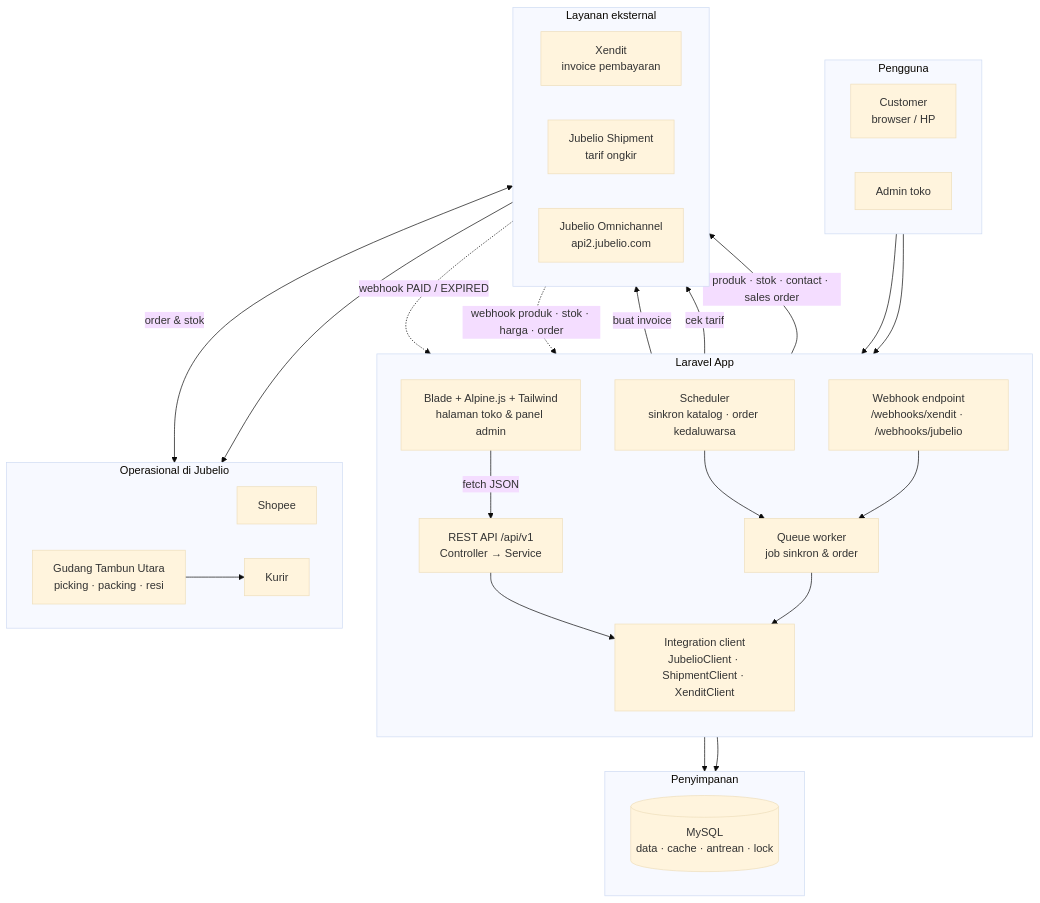
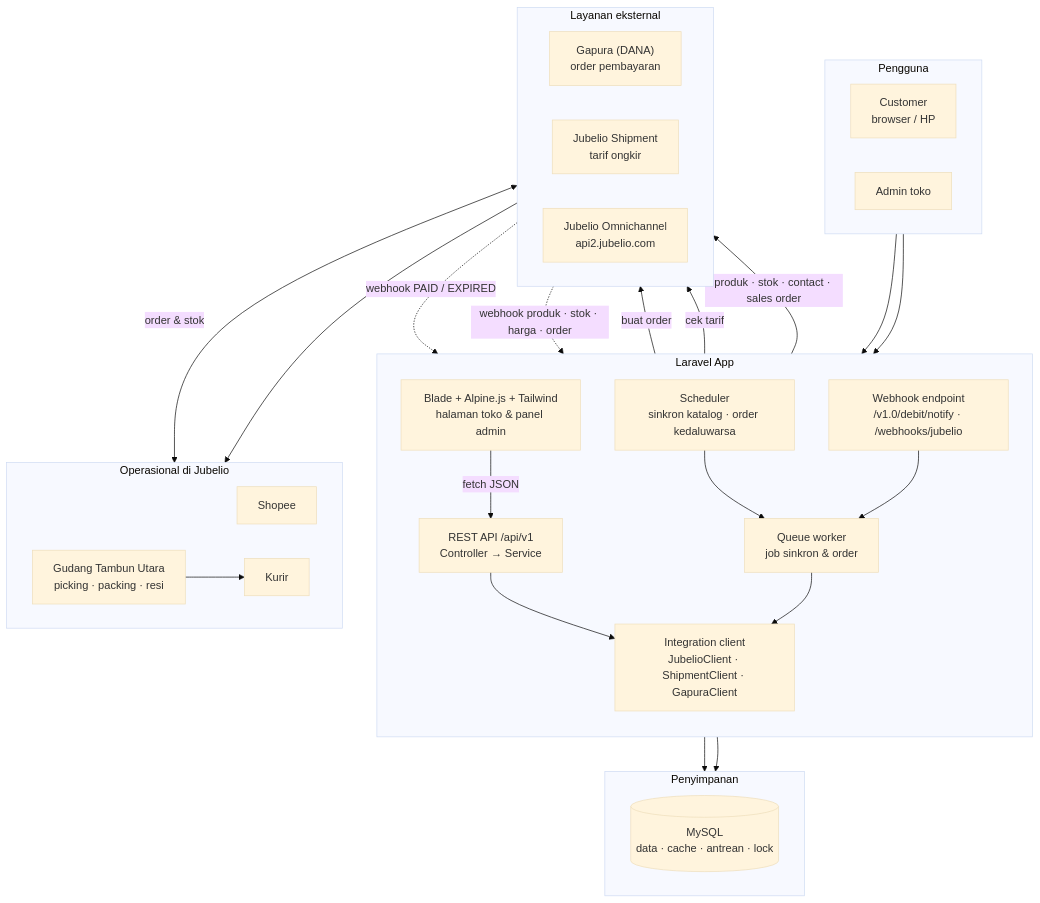
Before and after one commit to Zhafransss/E-Commers-Saeful-Askar: the first of 2 diagrams in docs/arsitektur-sistem.md, drawn with Mermaid (base theme). The commit also changed other lines of this file and 118 other files, not shown here.

````diff
--- a/docs/arsitektur-sistem.md
+++ b/docs/arsitektur-sistem.md
@@ -8,54 +8,54 @@
 ```mermaid
 flowchart TB
   subgraph U["Pengguna"]
     direction LR
     C["Customer<br/>browser / HP"]
     A["Admin toko"]
   end
 
   subgraph APP["Laravel App"]
     direction TB
     WEB["Blade + Alpine.js + Tailwind<br/>halaman toko & panel admin"]
     API["REST API /api/v1<br/>Controller → Service"]
-    WH["Webhook endpoint<br/>/webhooks/xendit · /webhooks/jubelio"]
+    WH["Webhook endpoint<br/>/v1.0/debit/notify · /webhooks/jubelio"]
     Q["Queue worker<br/>job sinkron & order"]
     SCH["Scheduler<br/>sinkron katalog · order kedaluwarsa"]
-    CL["Integration client<br/>JubelioClient · ShipmentClient · XenditClient"]
+    CL["Integration client<br/>JubelioClient · ShipmentClient · GapuraClient"]
   end
 
   subgraph DATA["Penyimpanan"]
     direction LR
     DB[("MySQL<br/>data · cache · antrean · lock")]
   end
 
   subgraph EXT["Layanan eksternal"]
     direction LR
-    XD["Xendit<br/>invoice pembayaran"]
+    XD["Gapura (DANA)<br/>order pembayaran"]
     JS["Jubelio Shipment<br/>tarif ongkir"]
     JB["Jubelio Omnichannel<br/>api2.jubelio.com"]
   end
 
   subgraph OPS["Operasional di Jubelio"]
     direction LR
     SP["Shopee"]
     WMS["Gudang Tambun Utara<br/>picking · packing · resi"]
     KR["Kurir"]
   end
 
   C --> WEB
   A --> WEB
   WEB -->|"fetch JSON"| API
   API --> CL
   SCH --> Q
   WH --> Q
   Q --> CL
   API --> DATA
   Q --> DATA
-  CL -->|"buat invoice"| XD
+  CL -->|"buat order"| XD
   CL -->|"cek tarif"| JS
   CL -->|"produk · stok · contact · sales order"| JB
   XD -.->|"webhook PAID / EXPIRED"| WH
   JB -.->|"webhook produk · stok · harga · order"| WH
   JB <-->|"order & stok"| SP
   JB --> WMS --> KR
 ```
````
